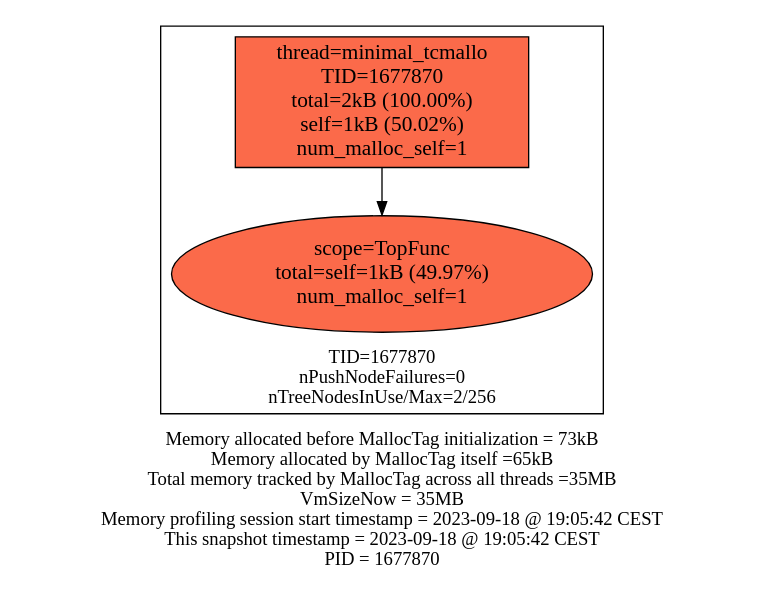
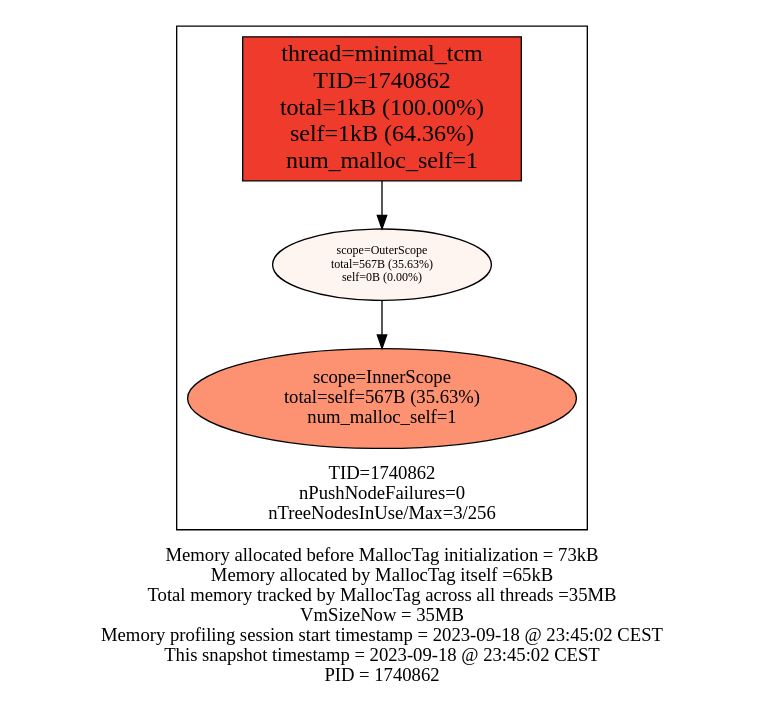
The diagram in examples/minimal/minimal_stats.dot (f18m/malloc-tag), drawn with Graphviz before and after one commit. The commit also changed 13 other files, not shown here.

```diff
--- a/examples/minimal/minimal_stats.dot
+++ b/examples/minimal/minimal_stats.dot
@@ -1,14 +1,16 @@
 digraph MallocTree {
  node [colorscheme=reds9 style=filled]
- subgraph cluster_TID1677870 {
+ subgraph cluster_TID1740862 {
   node [colorscheme=reds9 style=filled]
   labelloc="b"
-  label="TID=1677870\nnPushNodeFailures=0\nnTreeNodesInUse/Max=2/256\n"
-  "1677870_minimal_tcmallo" [label="thread=minimal_tcmallo\nTID=1677870\ntotal=2kB (100.00%)\nself=1kB (50.02%)\nnum_malloc_self=1" shape=box fillcolor=5 fontsize=16]
-  "1677870_minimal_tcmallo" -> "1677870_TopFunc"
-  "1677870_TopFunc" [label="scope=TopFunc\ntotal=self=1kB (49.97%)\nnum_malloc_self=1" fillcolor=5 fontsize=16]
+  label="TID=1740862\nnPushNodeFailures=0\nnTreeNodesInUse/Max=3/256\n"
+  "1740862_minimal_tcm" [label="thread=minimal_tcm\nTID=1740862\ntotal=1kB (100.00%)\nself=1kB (64.36%)\nnum_malloc_self=1" shape=box fillcolor=6 fontsize=18]
+  "1740862_minimal_tcm" -> "1740862_OuterScope"
+  "1740862_OuterScope" [label="scope=OuterScope\ntotal=567B (35.63%)\nself=0B (0.00%)" fillcolor=1 fontsize=9]
+  "1740862_OuterScope" -> "1740862_InnerScope"
+  "1740862_InnerScope" [label="scope=InnerScope\ntotal=self=567B (35.63%)\nnum_malloc_self=1" fillcolor=4 fontsize=14]
  }
 
  labelloc="b"
- label="Memory allocated before MallocTag initialization = 73kB\nMemory allocated by MallocTag itself =65kB\nTotal memory tracked by MallocTag across all threads =35MB\nVmSizeNow = 35MB\nMemory profiling session start timestamp = 2023-09-18 @ 19:05:42 CEST\nThis snapshot timestamp = 2023-09-18 @ 19:05:42 CEST\nPID = 1677870\n"
+ label="Memory allocated before MallocTag initialization = 73kB\nMemory allocated by MallocTag itself =65kB\nTotal memory tracked by MallocTag across all threads =35MB\nVmSizeNow = 35MB\nMemory profiling session start timestamp = 2023-09-18 @ 23:45:02 CEST\nThis snapshot timestamp = 2023-09-18 @ 23:45:02 CEST\nPID = 1740862\n"
 }
```
